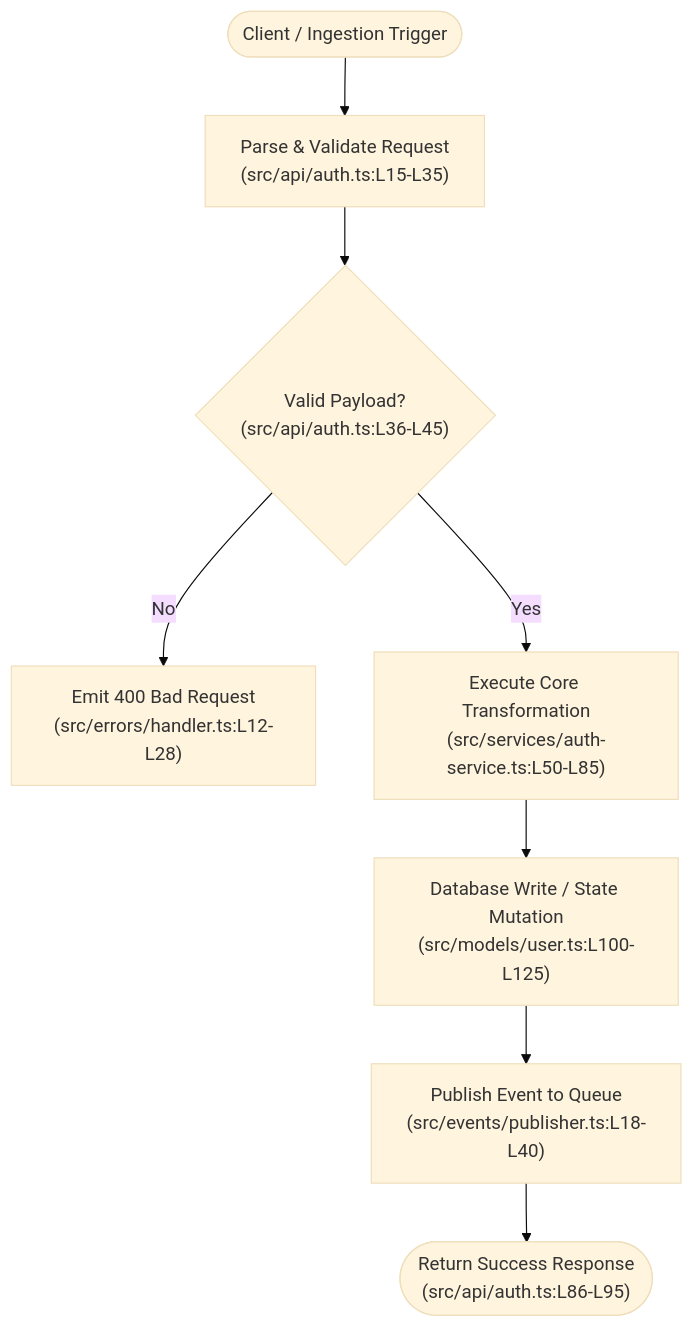
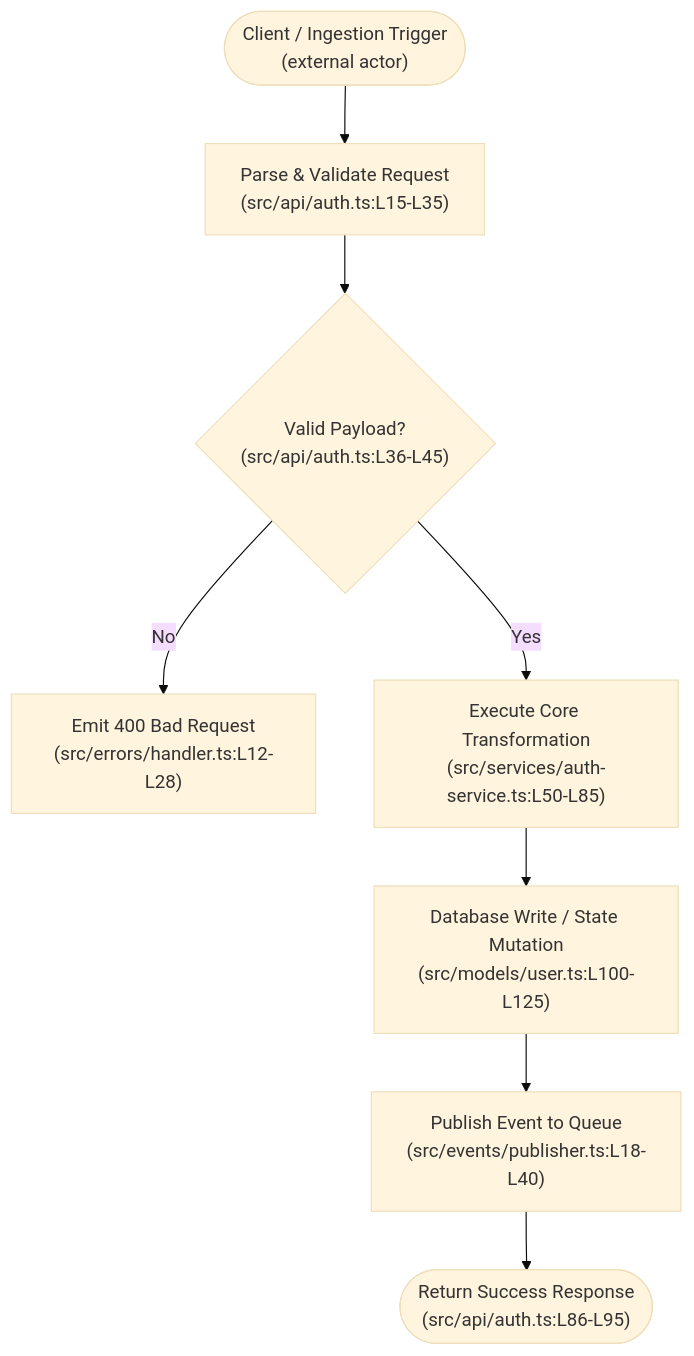
One commit to lxbachit03/base-harness-repo changed the diagram in docs-harness/templates/activity-diagram.md. Above: the diagram before and after it, drawn with Mermaid (base theme). The commit also changed other lines of this file and 59 other files, not shown here.

````diff
--- a/docs-harness/templates/activity-diagram.md
+++ b/docs-harness/templates/activity-diagram.md
@@ -15,20 +17,20 @@
 ```mermaid
 flowchart TD
     %% Entry Point
-    Start(["Client / Ingestion Trigger"]) --> Step1["Parse & Validate Request<br/>(src/api/auth.ts:L15-L35)"]
+    Start(["Client / Ingestion Trigger<br/>(external actor)"]) --> Step1["Parse & Validate Request<br/>(src/api/auth.ts:L15-L35)"]
     
     %% Processing & Validation
     Step1 --> Decision1{"Valid Payload?<br/>(src/api/auth.ts:L36-L45)"}
     
     Decision1 -- "No" --> ErrorHandler["Emit 400 Bad Request<br/>(src/errors/handler.ts:L12-L28)"]
     Decision1 -- "Yes" --> Step2["Execute Core Transformation<br/>(src/services/auth-service.ts:L50-L85)"]
     
     %% Persistence / Integration
     Step2 --> Step3["Database Write / State Mutation<br/>(src/models/user.ts:L100-L125)"]
     
     %% External Side Effects
     Step3 --> Step4["Publish Event to Queue<br/>(src/events/publisher.ts:L18-L40)"]
     
     %% Success Exit
     Step4 --> EndSuccess(["Return Success Response<br/>(src/api/auth.ts:L86-L95)"])
 ```
````
